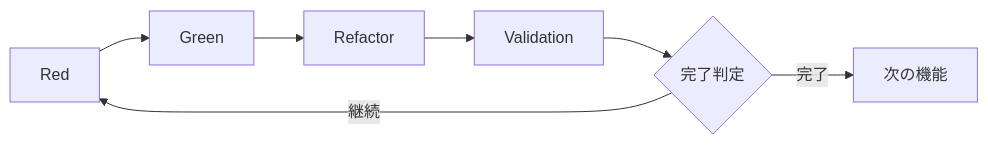
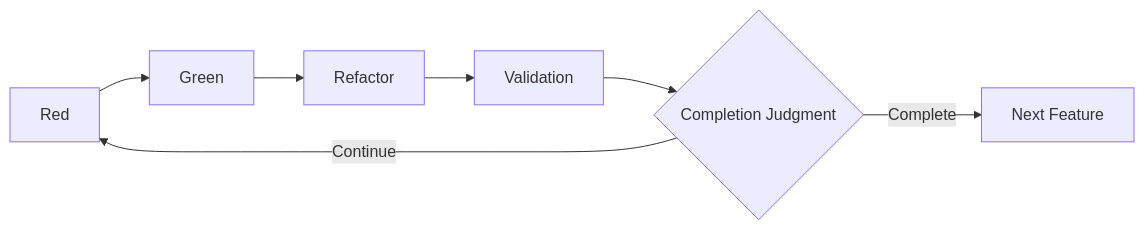
One commit to dovanhuy2298/tsumiki-en changed the second of 2 diagrams in book/03-process/04-rgr-validation-cycle.md. Above: the diagram before and after it, drawn with Mermaid. The commit also changed other lines of this file and 19 other files, not shown here.

````diff
--- a/book/03-process/04-rgr-validation-cycle.md
+++ b/book/03-process/04-rgr-validation-cycle.md
@@ -736,9 +736,9 @@
 ```mermaid
 graph LR
     A[Red] --> B[Green]
     B --> C[Refactor]
     C --> D[Validation]
-    D --> E{完了判定}
-    E -->|継続| A
-    E -->|完了| F[次の機能]
+    D --> E{Completion Judgment}
+    E -->|Continue| A
+    E -->|Complete| F[Next Feature]
 ```
````
